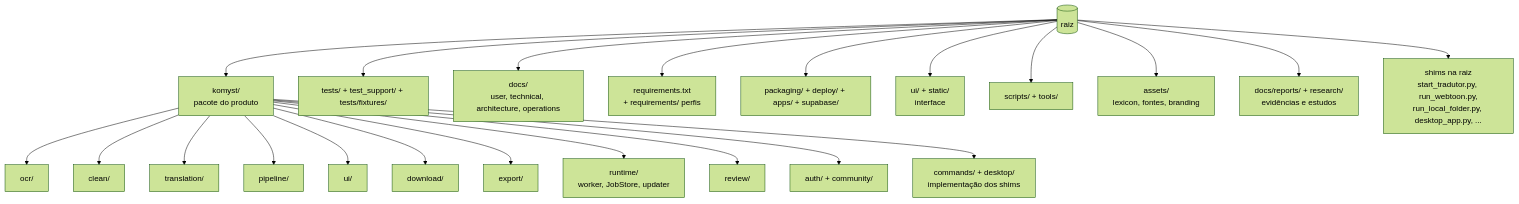
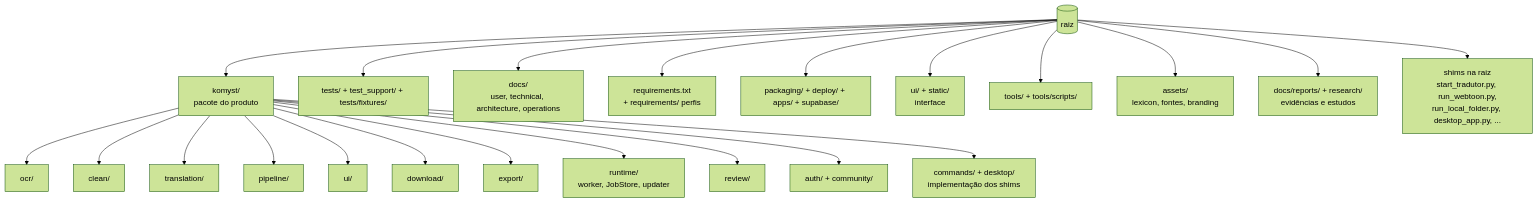
Before and after one commit to HenriquePvAr/Yomu-Sekai: the diagram in docs/architecture/REPOSITORY_STRUCTURE.md, drawn with Mermaid (forest theme). The commit also changed other lines of this file and 35 other files, not shown here.

Commit message:
refactor(layout): move scripts under tools

````diff
--- a/docs/architecture/REPOSITORY_STRUCTURE.md
+++ b/docs/architecture/REPOSITORY_STRUCTURE.md
@@ -13,15 +13,15 @@
 ```mermaid
 flowchart TD
     R[(raiz)] --> Y[komyst/<br/>pacote do produto]
     R --> T[tests/ + test_support/ + tests/fixtures/]
     R --> D[docs/<br/>user, technical, architecture, operations]
     R --> Q[requirements.txt<br/>+ requirements/ perfis]
     R --> P[packaging/ + deploy/ + apps/ + supabase/]
     R --> U[ui/ + static/<br/>interface]
-    R --> S[scripts/ + tools/]
+    R --> S[tools/ + tools/scripts/]
     R --> A[assets/<br/>lexicon, fontes, branding]
     R --> E[docs/reports/ + research/<br/>evidências e estudos]
     R --> L[shims na raiz<br/>start_tradutor.py, run_webtoon.py,<br/>run_local_folder.py, desktop_app.py, ...]
     Y --> Y1["ocr/"] & Y2["clean/"] & Y3["translation/"] & Y4["pipeline/"] & Y5["ui/"] & Y6["download/"] & Y7["export/"]
     Y --> Y8["runtime/<br/>worker, JobStore, updater"] & Y9["review/"] & Y10["auth/ + community/"] & Y11["commands/ + desktop/<br/>implementação dos shims"]
 ```
````
